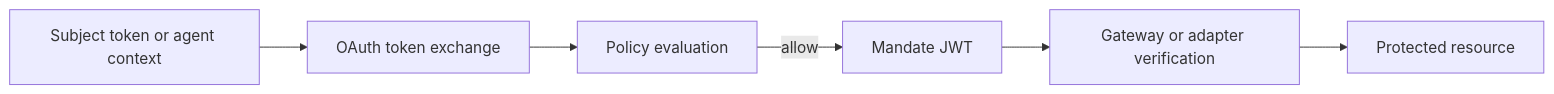
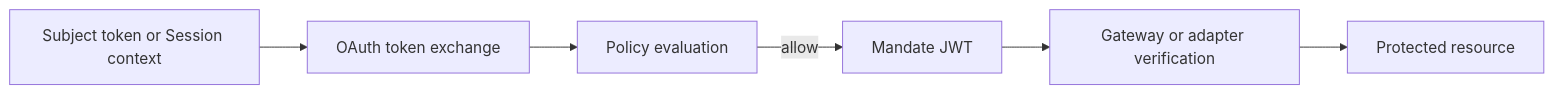
One commit to Garudex-Labs/caracal changed the diagram in docs/src/content/docs/concepts/mandate.mdx. Above: the diagram before and after it, drawn with Mermaid. The commit also changed other lines of this file and 13 other files, not shown here.

First line of the commit message:
Refactor documentation to replace "Agent" with "Session" for consistency and clarity

````diff
--- a/docs/src/content/docs/concepts/mandate.mdx
+++ b/docs/src/content/docs/concepts/mandate.mdx
@@ -23,8 +23,8 @@
 ```mermaid
 flowchart LR
-  Subject["Subject token or agent context"] --> Exchange["OAuth token exchange"]
+  Subject["Subject token or Session context"] --> Exchange["OAuth token exchange"]
   Exchange --> Policy["Policy evaluation"]
   Policy -->|"allow"| Mandate["Mandate JWT"]
   Mandate --> Verify["Gateway or adapter verification"]
   Verify --> Resource["Protected resource"]
 ```
````
